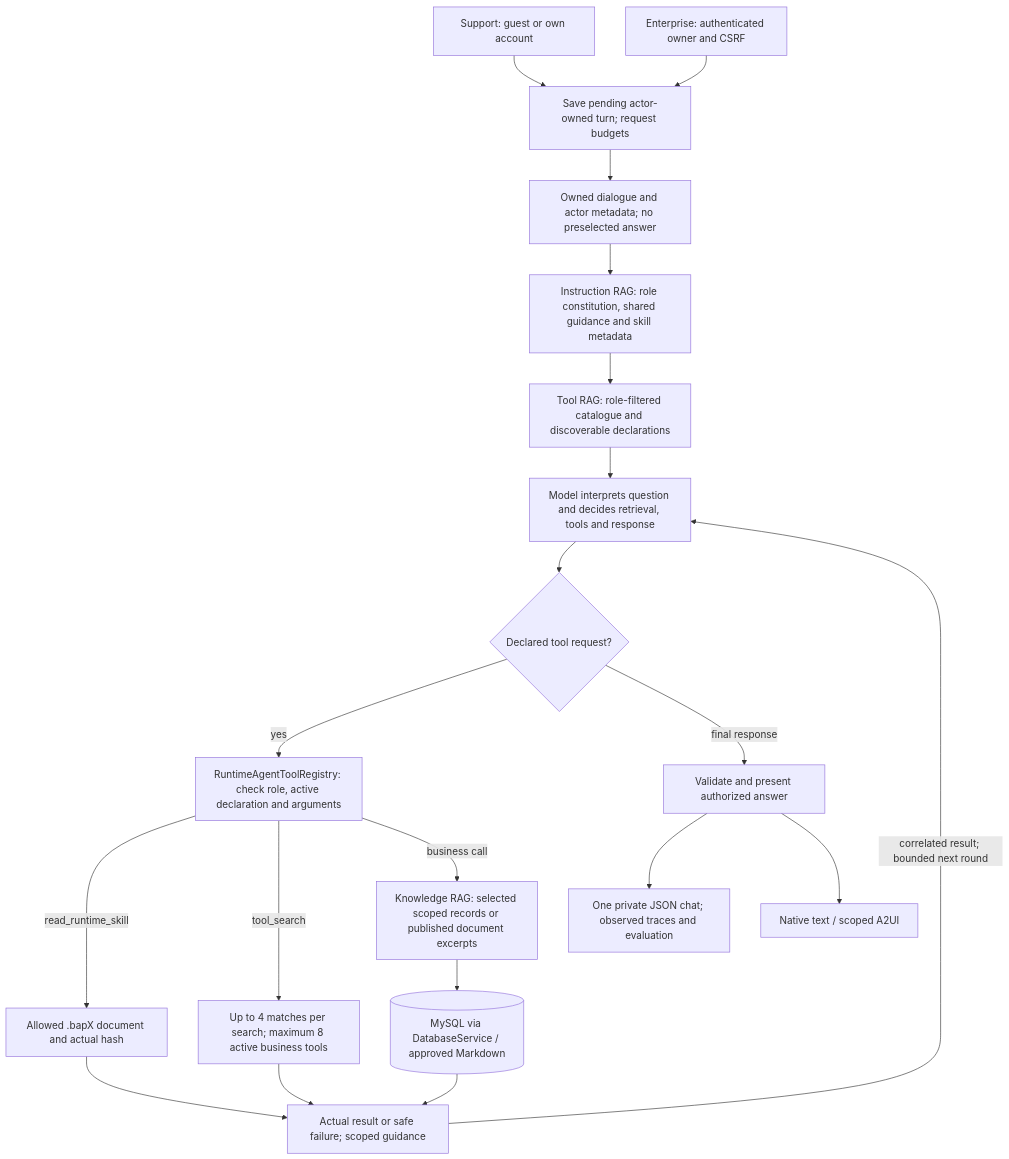
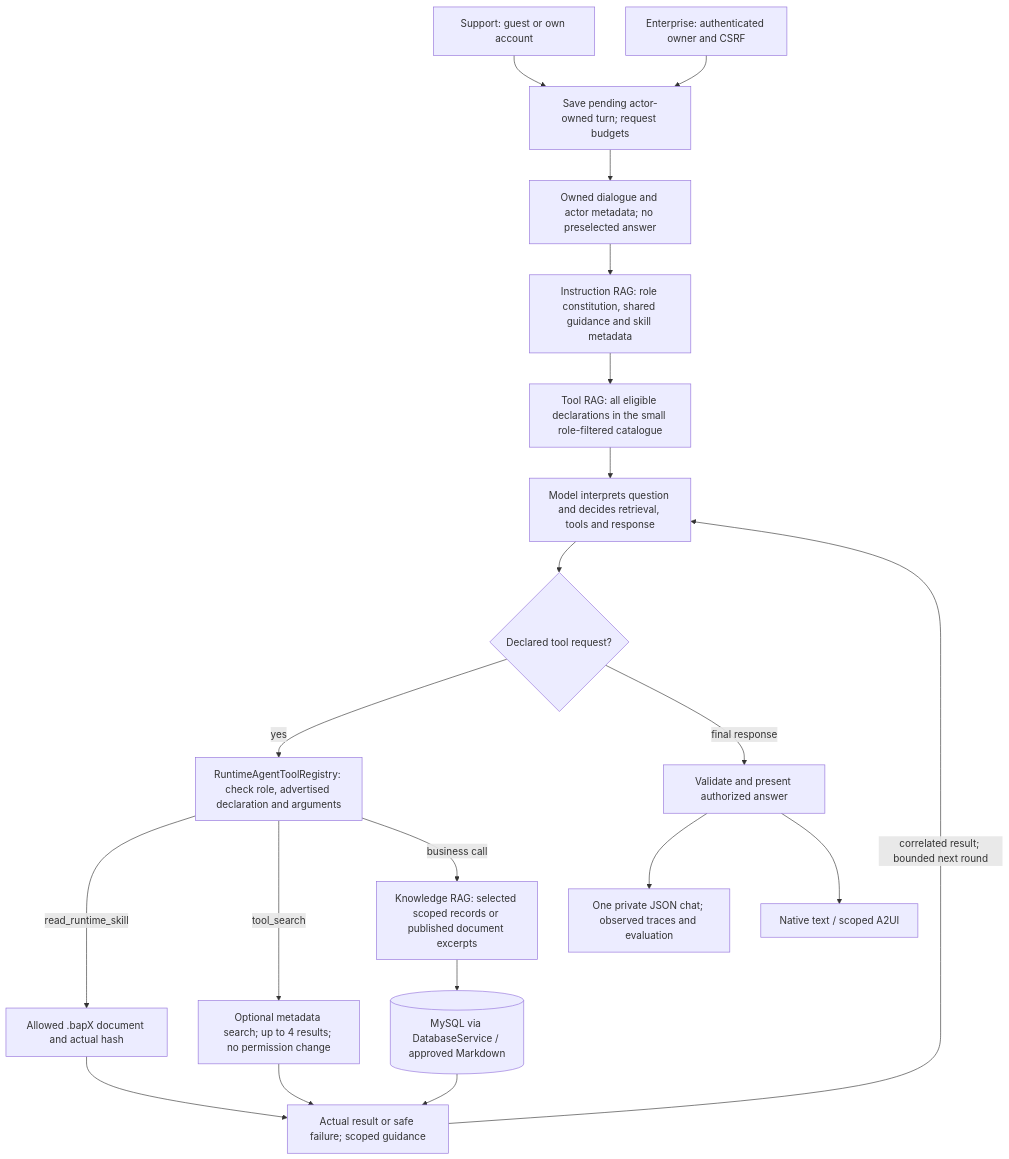
The fifth of 9 diagrams in README.md (bapxmediahub/bapXphpAiBackend), drawn with Mermaid before and after one commit. The commit also changed other lines of this file and 13 other files, not shown here.

Commit message:
Restore direct access to all role-authorized agent tools

````diff
--- a/README.md
+++ b/README.md
@@ -257,22 +257,22 @@
 ```mermaid
 flowchart TB
   S["Support: guest or own account"] --> Scope
   E["Enterprise: authenticated owner and CSRF"] --> Scope
   Scope["Save pending actor-owned turn; request budgets"] --> K["Owned dialogue and actor metadata; no preselected answer"]
   K --> I["Instruction RAG: role constitution, shared guidance and skill metadata"]
-  I --> T["Tool RAG: role-filtered catalogue and discoverable declarations"]
+  I --> T["Tool RAG: all eligible declarations in the small role-filtered catalogue"]
   T --> M["Model interprets question and decides retrieval, tools and response"]
   M --> Q{"Declared tool request?"}
-  Q -->|yes| Gate["RuntimeAgentToolRegistry: check role, active declaration and arguments"]
+  Q -->|yes| Gate["RuntimeAgentToolRegistry: check role, advertised declaration and arguments"]
   Gate -->|read_runtime_skill| Skill["Allowed .bapX document and actual hash"]
-  Gate -->|tool_search| Discover["Up to 4 matches per search; maximum 8 active business tools"]
+  Gate -->|tool_search| Discover["Optional metadata search; up to 4 results; no permission change"]
   Gate -->|business call| Business["Knowledge RAG: selected scoped records or published document excerpts"]
   Business --> Facts[("MySQL via DatabaseService / approved Markdown")]
   Facts --> Result["Actual result or safe failure; scoped guidance"]
   Skill --> Result
   Discover --> Result
   Result -->|correlated result; bounded next round| M
   Q -->|final response| Finish["Validate and present authorized answer"]
   Finish --> Saved["One private JSON chat; observed traces and evaluation"]
   Finish --> UI["Native text / scoped A2UI"]
 ```
````
